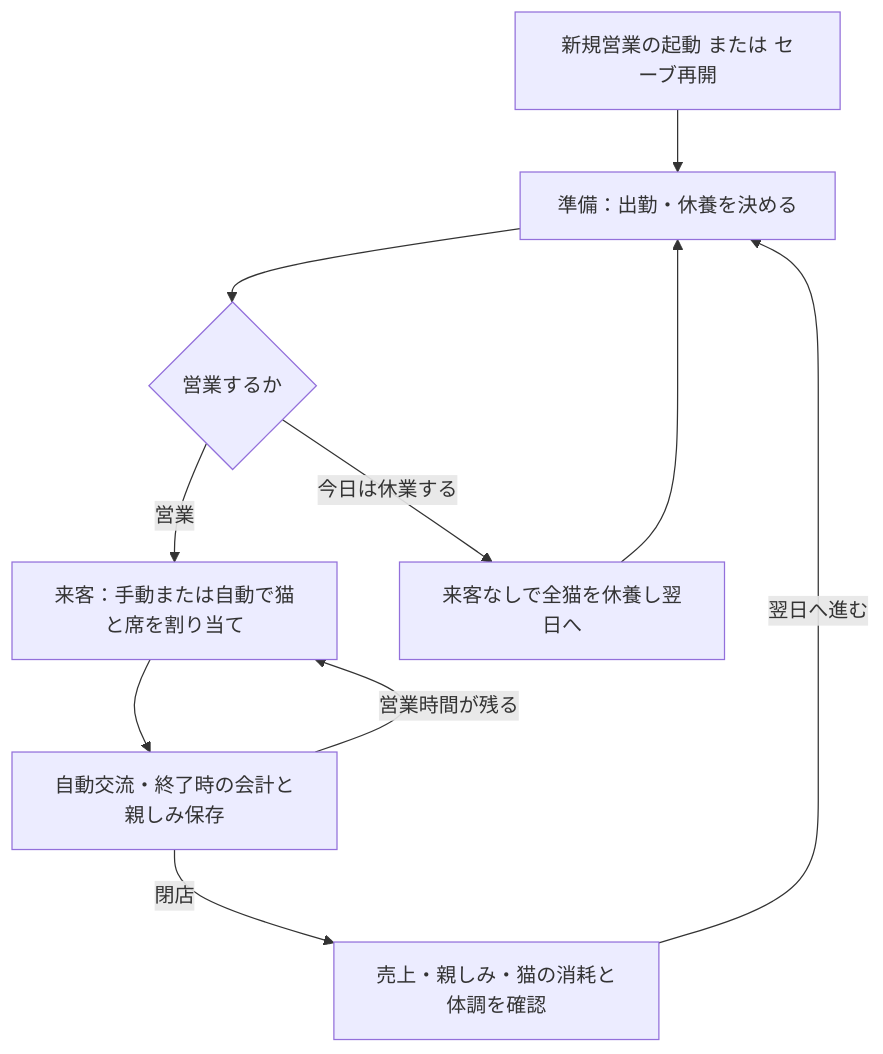
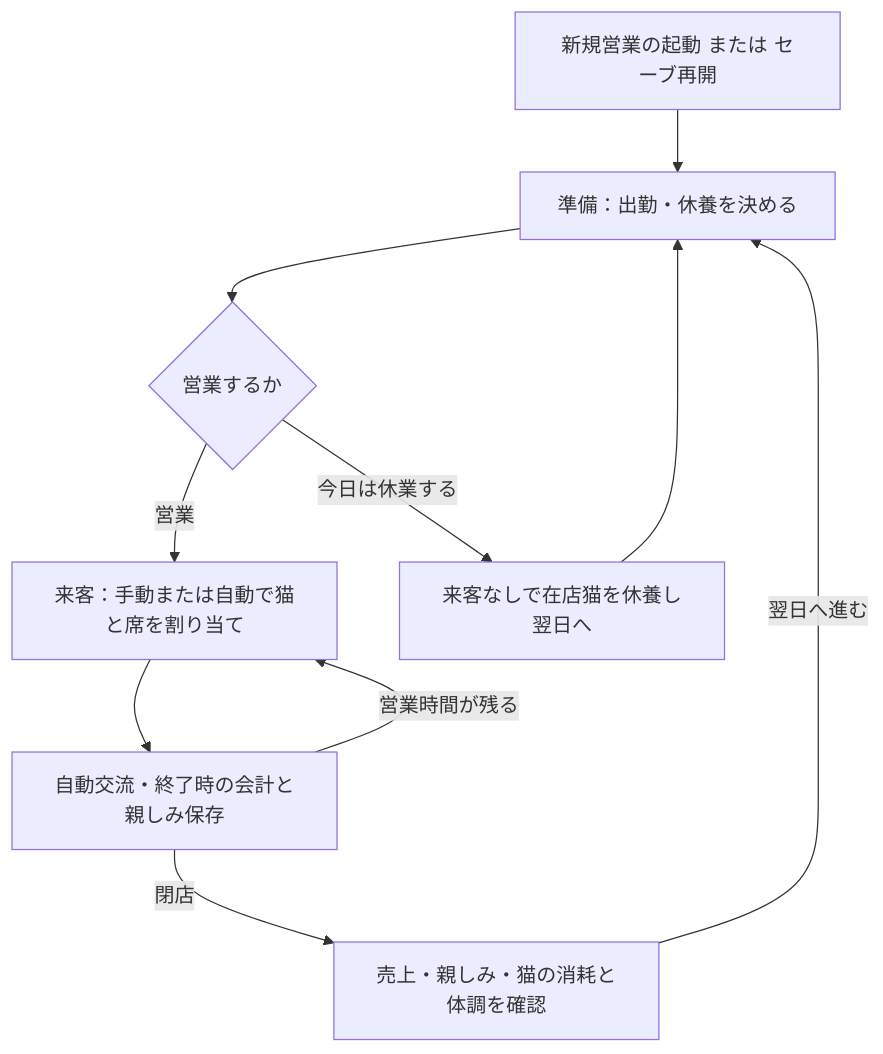
One commit to Sourpomelo-Y6/cat_cafe_sim changed the first of 2 diagrams in Docs/HumanToCatGameFlowPlan.md. Above: the diagram before and after it, drawn with Mermaid. The commit also changed other lines of this file and 22 other files, not shown here.

````diff
--- a/Docs/HumanToCatGameFlowPlan.md
+++ b/Docs/HumanToCatGameFlowPlan.md
@@ -23,12 +25,12 @@
 ```mermaid
 flowchart TD
     A[新規営業の起動 または セーブ再開] --> B[準備：出勤・休養を決める]
     B --> C{営業するか}
     C -->|営業| D[来客：手動または自動で猫と席を割り当て]
     D --> E[自動交流・終了時の会計と親しみ保存]
     E -->|営業時間が残る| D
     E -->|閉店| F[売上・親しみ・猫の消耗と体調を確認]
     F -->|翌日へ進む| B
-    C -->|今日は休業する| G[来客なしで全猫を休養し翌日へ]
+    C -->|今日は休業する| G[来客なしで在店猫を休養し翌日へ]
     G --> B
 ```
````
